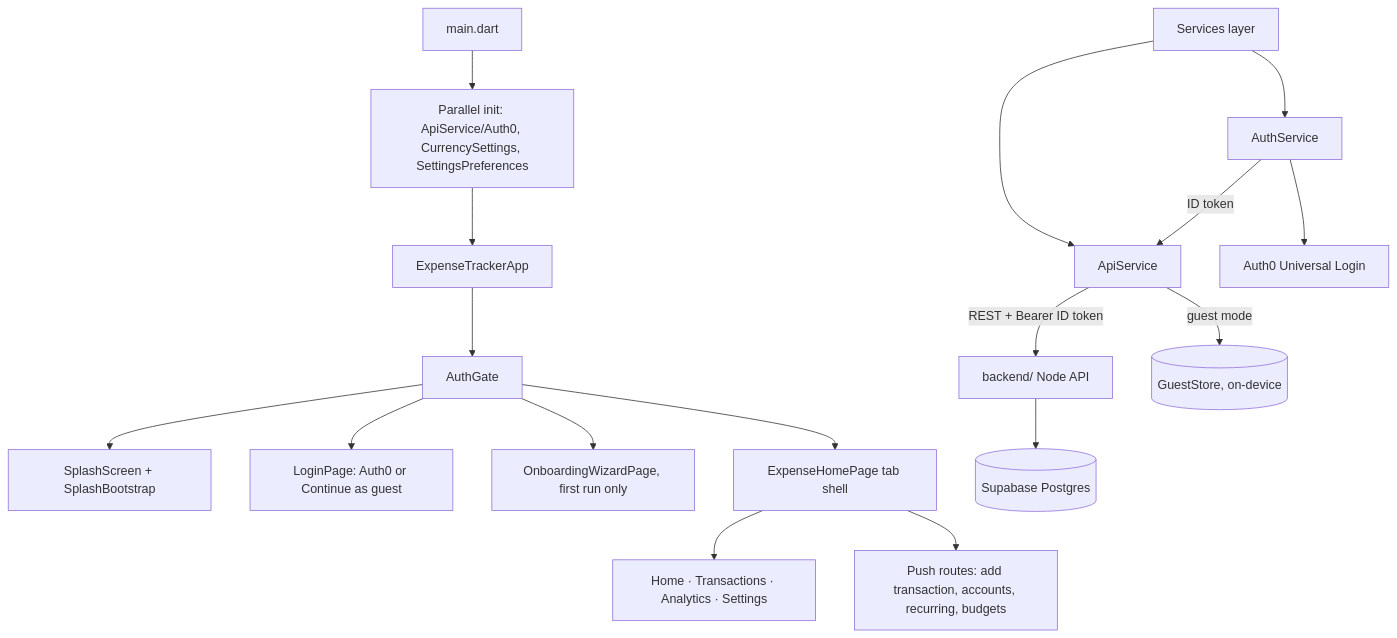
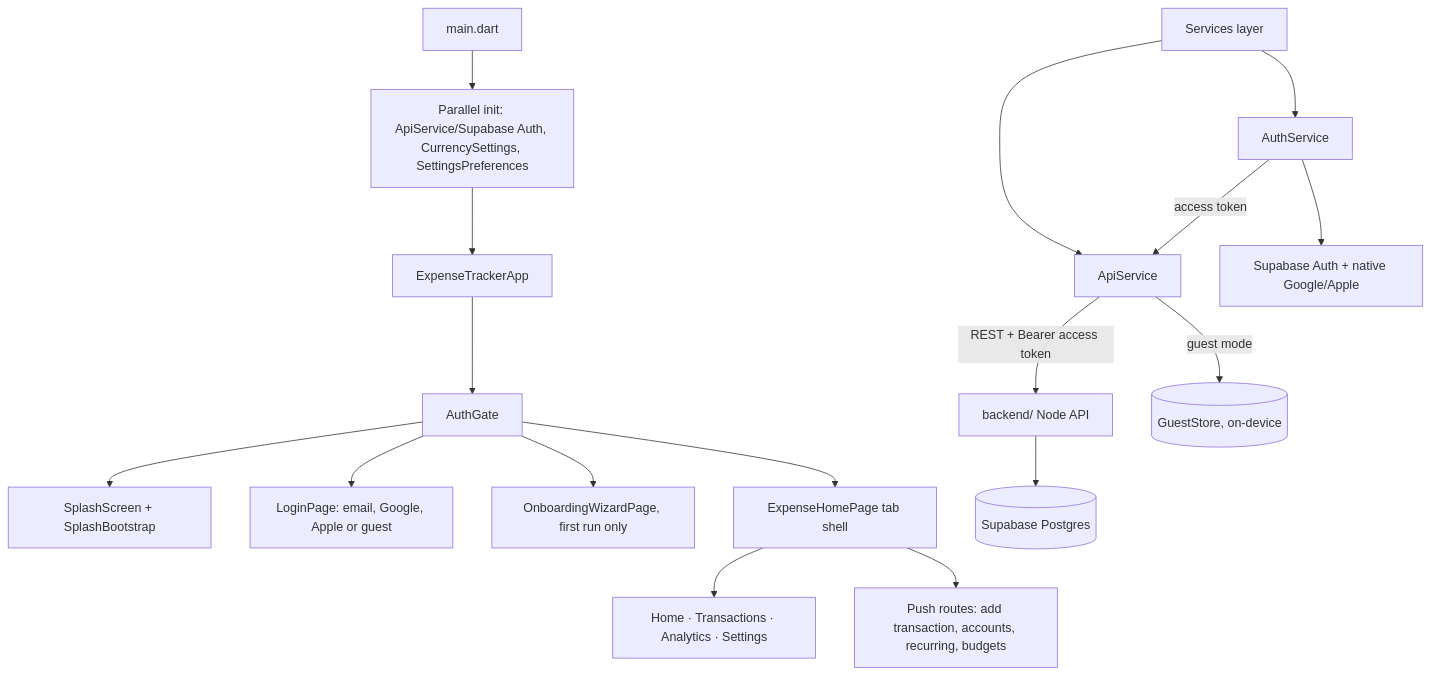
The diagram in docs/ARCHITECTURE.md (shubhamambastha/expense_tracker_app), drawn with Mermaid before and after one commit. The commit also changed other lines of this file and 14 other files, not shown here.

First line of the commit message:
docs: Supabase Auth setup, cutover order and runbook

````diff
--- a/docs/ARCHITECTURE.md
+++ b/docs/ARCHITECTURE.md
@@ -13,19 +13,19 @@
 ```mermaid
 flowchart TD
-  main[main.dart] --> init[Parallel init: ApiService/Auth0, CurrencySettings, SettingsPreferences]
+  main[main.dart] --> init[Parallel init: ApiService/Supabase Auth, CurrencySettings, SettingsPreferences]
   init --> app[ExpenseTrackerApp]
   app --> gate[AuthGate]
   gate --> splash[SplashScreen + SplashBootstrap]
-  gate --> login[LoginPage: Auth0 or Continue as guest]
+  gate --> login[LoginPage: email, Google, Apple or guest]
   gate --> wizard[OnboardingWizardPage, first run only]
   gate --> home[ExpenseHomePage tab shell]
   home --> tabs[Home · Transactions · Analytics · Settings]
   home --> push[Push routes: add transaction, accounts, recurring, budgets]
   services[Services layer] --> api[ApiService]
   services --> auth[AuthService]
-  api -->|REST + Bearer ID token| node[backend/ Node API]
+  api -->|REST + Bearer access token| node[backend/ Node API]
   api -->|guest mode| guest[(GuestStore, on-device)]
   node --> db[(Supabase Postgres)]
-  auth --> auth0[Auth0 Universal Login]
-  auth -->|ID token| api
+  auth --> sbauth[Supabase Auth + native Google/Apple]
+  auth -->|access token| api
 ```
````
